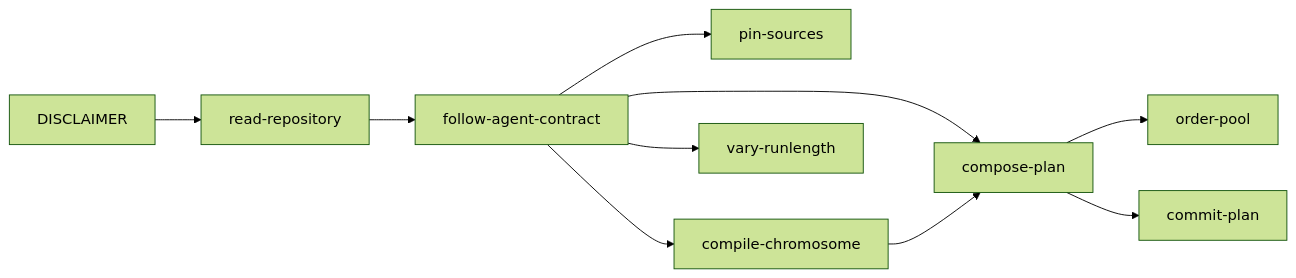
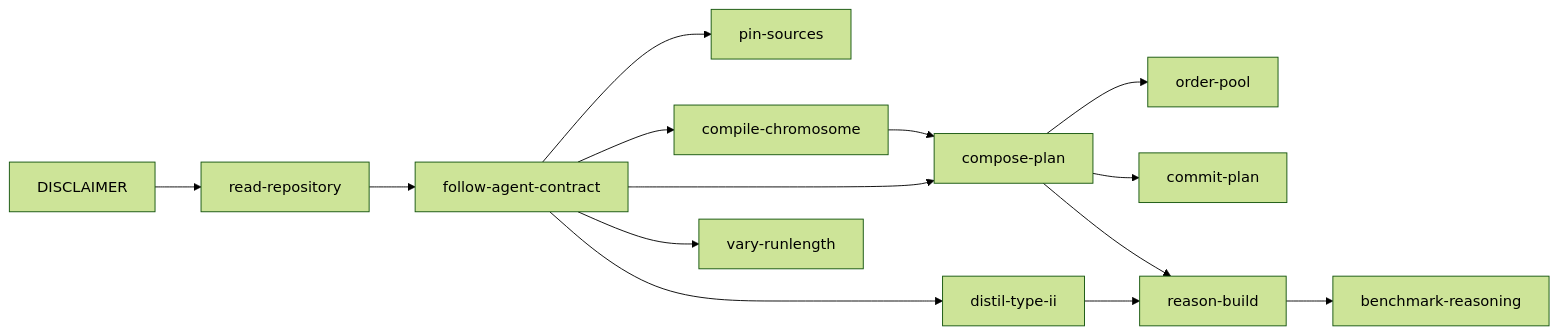
Before and after one commit to wetware-hq/tesseract: the diagram in docs/read-repository.md, drawn with Mermaid (forest theme). The commit also changed other lines of this file and 14 other files, not shown here.

````diff
--- a/docs/read-repository.md
+++ b/docs/read-repository.md
@@ -46,12 +50,16 @@
 ```mermaid { type: notebook.cell }
 flowchart LR
     D[DISCLAIMER] --> R[read-repository]
     R --> C[follow-agent-contract]
     C --> P[pin-sources]
     C --> M[compile-chromosome]
     C --> X[compose-plan]
     M --> X
     X --> O[order-pool]
     X --> S[commit-plan]
     C --> V[vary-runlength]
+    C --> T2[distil-type-ii]
+    T2 --> RB[reason-build]
+    X --> RB
+    RB --> B[benchmark-reasoning]
 ```
````
